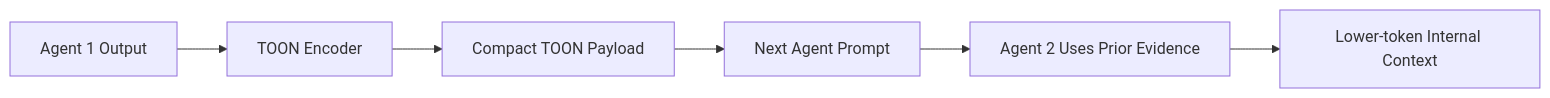
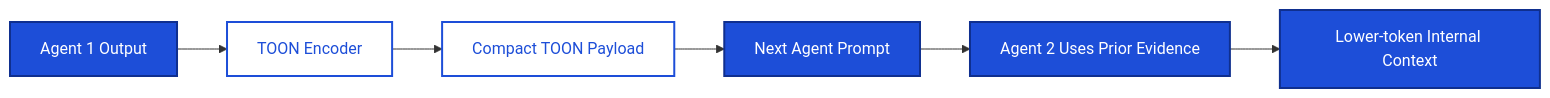
The fourth of 9 diagrams in docs/diagrams.md (Hassaan146/agentic-ai-workflow), drawn with Mermaid before and after one commit. The commit also changed other lines of this file, not shown here.

Commit message:
Polish workflow diagram styling

````diff
--- a/docs/diagrams.md
+++ b/docs/diagrams.md
@@ -73,8 +110,13 @@
 ```mermaid
 flowchart LR
     A["Agent 1 Output"] --> B["TOON Encoder"]
     B --> C["Compact TOON Payload"]
     C --> D["Next Agent Prompt"]
     D --> E["Agent 2 Uses Prior Evidence"]
     E --> F["Lower-token Internal Context"]
+
+    classDef primary fill:#1d4ed8,stroke:#0f2f8f,color:#ffffff,stroke-width:2px;
+    classDef toon fill:#ffffff,stroke:#1d4ed8,color:#1d4ed8,stroke-width:2px;
+    class A,D,E,F primary;
+    class B,C toon;
 ```
````
